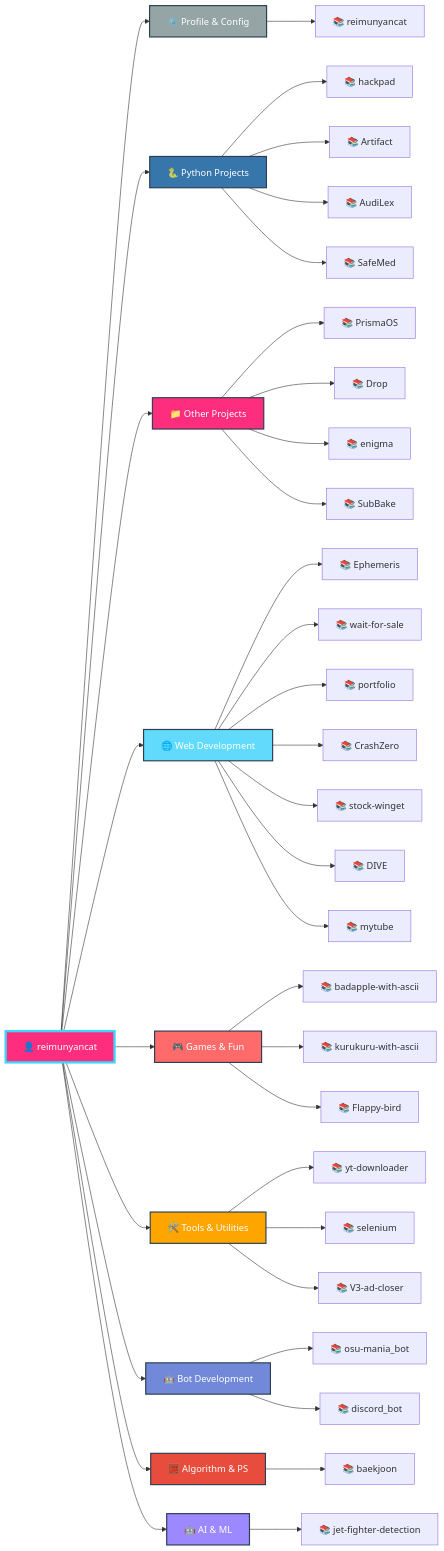
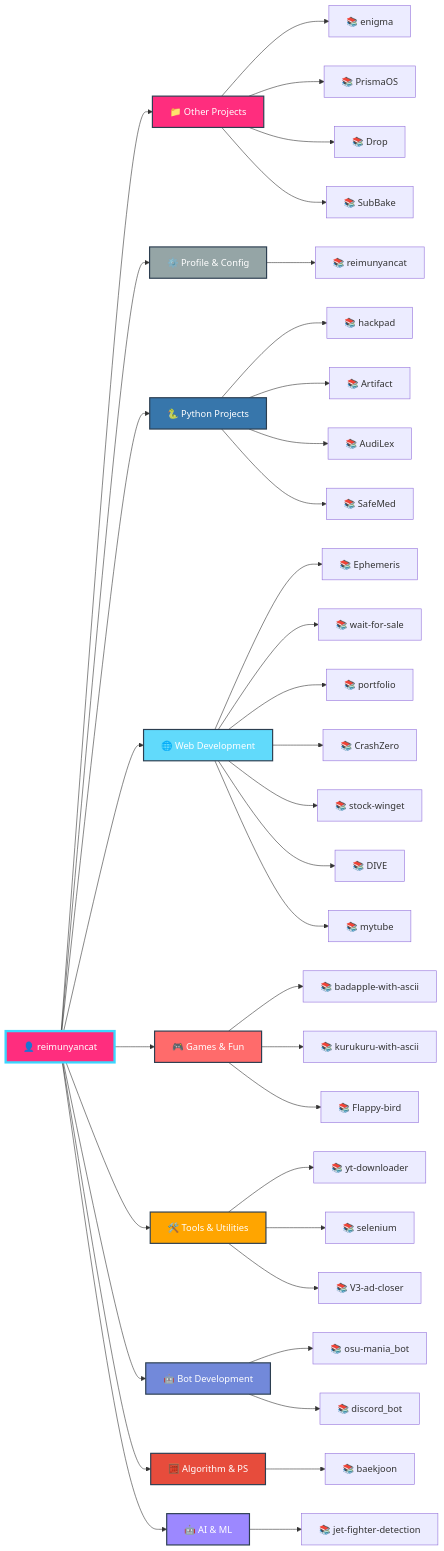
One commit to reimunyancat/reimunyancat changed the diagram in README.md. Above: the diagram before and after it, drawn with Mermaid. The commit also changed other lines of this file, not shown here.

````diff
--- a/README.md
+++ b/README.md
@@ -159,59 +159,59 @@
 ```mermaid
 graph LR
   A[👤 reimunyancat]
 
-  A --> CAT0[⚙️ Profile & Config]
-  CAT0 --> CAT0_0[📚 reimunyancat]
+  A --> CAT0[📁 Other Projects]
+  CAT0 --> CAT0_0[📚 enigma]
+  CAT0 --> CAT0_1[📚 PrismaOS]
+  CAT0 --> CAT0_2[📚 Drop]
+  CAT0 --> CAT0_3[📚 SubBake]
 
-  A --> CAT1[🐍 Python Projects]
-  CAT1 --> CAT1_0[📚 hackpad]
-  CAT1 --> CAT1_1[📚 Artifact]
-  CAT1 --> CAT1_2[📚 AudiLex]
-  CAT1 --> CAT1_3[📚 SafeMed]
+  A --> CAT1[⚙️ Profile & Config]
+  CAT1 --> CAT1_0[📚 reimunyancat]
 
-  A --> CAT2[📁 Other Projects]
-  CAT2 --> CAT2_0[📚 PrismaOS]
-  CAT2 --> CAT2_1[📚 Drop]
-  CAT2 --> CAT2_2[📚 enigma]
-  CAT2 --> CAT2_3[📚 SubBake]
+  A --> CAT2[🐍 Python Projects]
+  CAT2 --> CAT2_0[📚 hackpad]
+  CAT2 --> CAT2_1[📚 Artifact]
+  CAT2 --> CAT2_2[📚 AudiLex]
+  CAT2 --> CAT2_3[📚 SafeMed]
 
   A --> CAT3[🌐 Web Development]
   CAT3 --> CAT3_0[📚 Ephemeris]
   CAT3 --> CAT3_1[📚 wait-for-sale]
   CAT3 --> CAT3_2[📚 portfolio]
   CAT3 --> CAT3_3[📚 CrashZero]
   CAT3 --> CAT3_4[📚 stock-winget]
   CAT3 --> CAT3_5[📚 DIVE]
   CAT3 --> CAT3_6[📚 mytube]
 
   A --> CAT4[🎮 Games & Fun]
   CAT4 --> CAT4_0[📚 badapple-with-ascii]
   CAT4 --> CAT4_1[📚 kurukuru-with-ascii]
   CAT4 --> CAT4_2[📚 Flappy-bird]
 
   A --> CAT5[🛠️ Tools & Utilities]
   CAT5 --> CAT5_0[📚 yt-downloader]
   CAT5 --> CAT5_1[📚 selenium]
   CAT5 --> CAT5_2[📚 V3-ad-closer]
 
   A --> CAT6[🤖 Bot Development]
   CAT6 --> CAT6_0[📚 osu-mania_bot]
   CAT6 --> CAT6_1[📚 discord_bot]
 
   A --> CAT7[🧮 Algorithm & PS]
   CAT7 --> CAT7_0[📚 baekjoon]
 
   A --> CAT8[🤖 AI & ML]
   CAT8 --> CAT8_0[📚 jet-fighter-detection]
 
   style A fill:#FF2D7E,stroke:#3BD6FF,stroke-width:4px,color:#fff
-  style CAT0 fill:#95a5a6,stroke:#2c3e50,stroke-width:2px,color:#fff
-  style CAT1 fill:#3776ab,stroke:#2c3e50,stroke-width:2px,color:#fff
-  style CAT2 fill:#FF2D7E,stroke:#2c3e50,stroke-width:2px,color:#fff
+  style CAT0 fill:#FF2D7E,stroke:#2c3e50,stroke-width:2px,color:#fff
+  style CAT1 fill:#95a5a6,stroke:#2c3e50,stroke-width:2px,color:#fff
+  style CAT2 fill:#3776ab,stroke:#2c3e50,stroke-width:2px,color:#fff
   style CAT3 fill:#61dafb,stroke:#2c3e50,stroke-width:2px,color:#fff
   style CAT4 fill:#ff6b6b,stroke:#2c3e50,stroke-width:2px,color:#fff
   style CAT5 fill:#ffa500,stroke:#2c3e50,stroke-width:2px,color:#fff
   style CAT6 fill:#7289da,stroke:#2c3e50,stroke-width:2px,color:#fff
   style CAT7 fill:#e74c3c,stroke:#2c3e50,stroke-width:2px,color:#fff
   style CAT8 fill:#9c88ff,stroke:#2c3e50,stroke-width:2px,color:#fff
 ```
````
